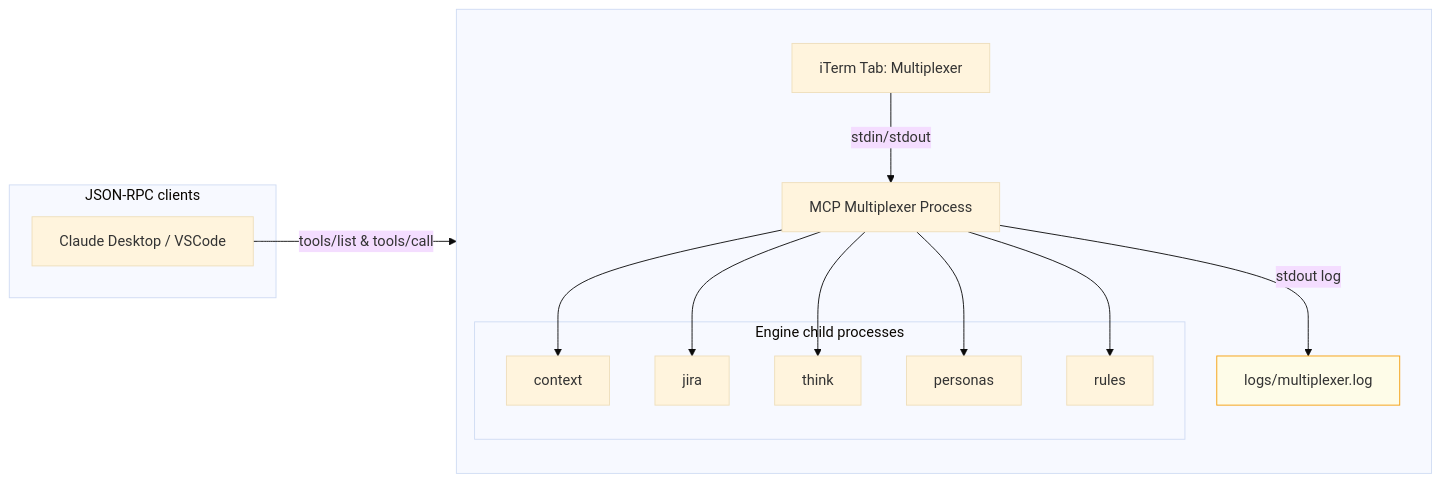
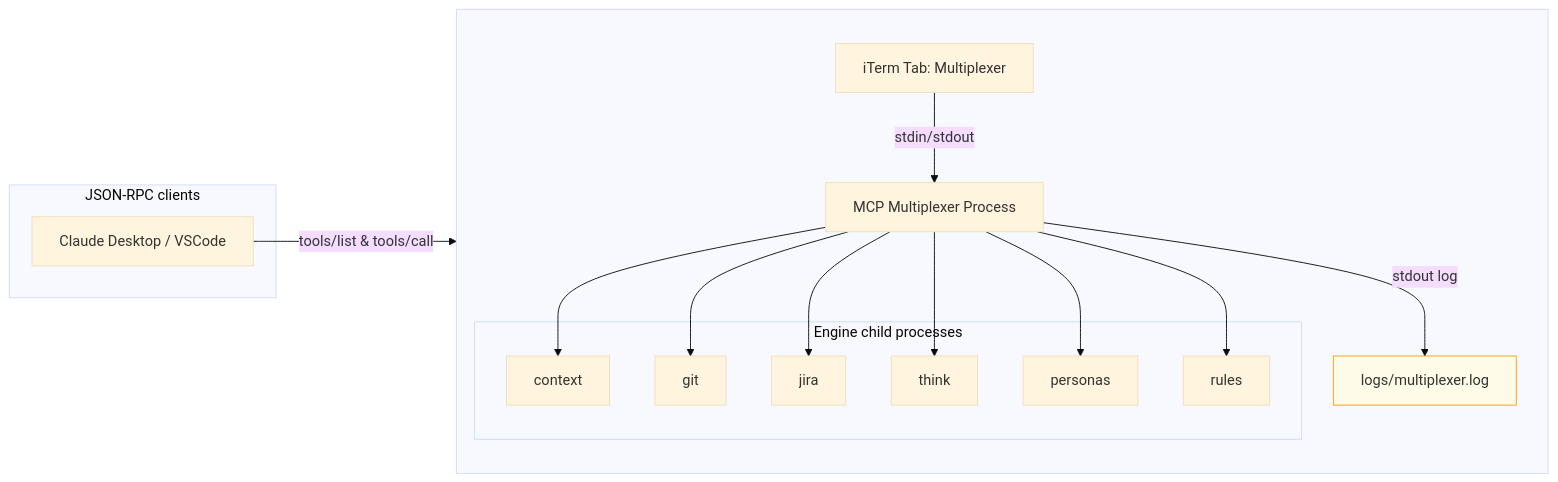
Before and after one commit to ashabbir/savant: the diagram in memory_bank/multiplexer_iterm.md, drawn with Mermaid (base theme). The commit also changed other lines of this file and 3 other files, not shown here.

Commit message:
docs: add Git engine docs and update references\n\n- README: include Git in engines list, add single-engine run example, docs table\n- Memory Bank: add engine_git.md; update multiplexer guide with Git examples; architecture doc mentions Git engine

````diff
--- a/memory_bank/multiplexer_iterm.md
+++ b/memory_bank/multiplexer_iterm.md
@@ -7,28 +7,30 @@
 ```mermaid
 flowchart LR
   subgraph iTerm[ ]
     direction TB
     A[iTerm Tab: Multiplexer] -->|stdin/stdout| M[MCP Multiplexer Process]
     M -->|stdout log| L[logs/multiplexer.log]
     subgraph Engines[Engine child processes]
       C_context[context]
+      C_git[git]
       C_jira[jira]
       C_think[think]
       C_personas[personas]
       C_rules[rules]
     end
     M --> C_context
+    M --> C_git
     M --> C_jira
     M --> C_think
     M --> C_personas
     M --> C_rules
   end
 
   subgraph Editors[JSON-RPC clients]
     E_studio[Claude Desktop / VSCode]
   end
   E_studio -->|tools/list & tools/call| M
 
   classDef log fill:#fefce8,stroke:#f59e0b
   class L log
 ```
````
